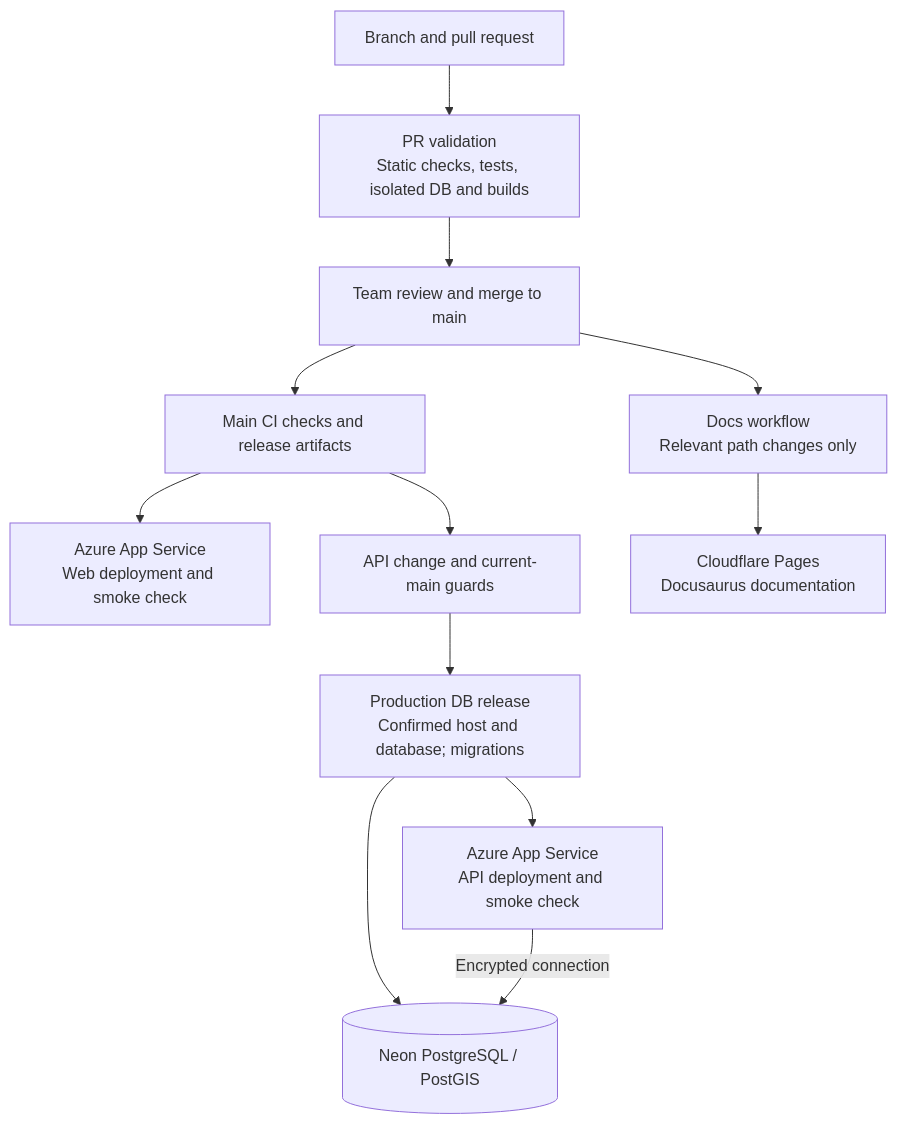
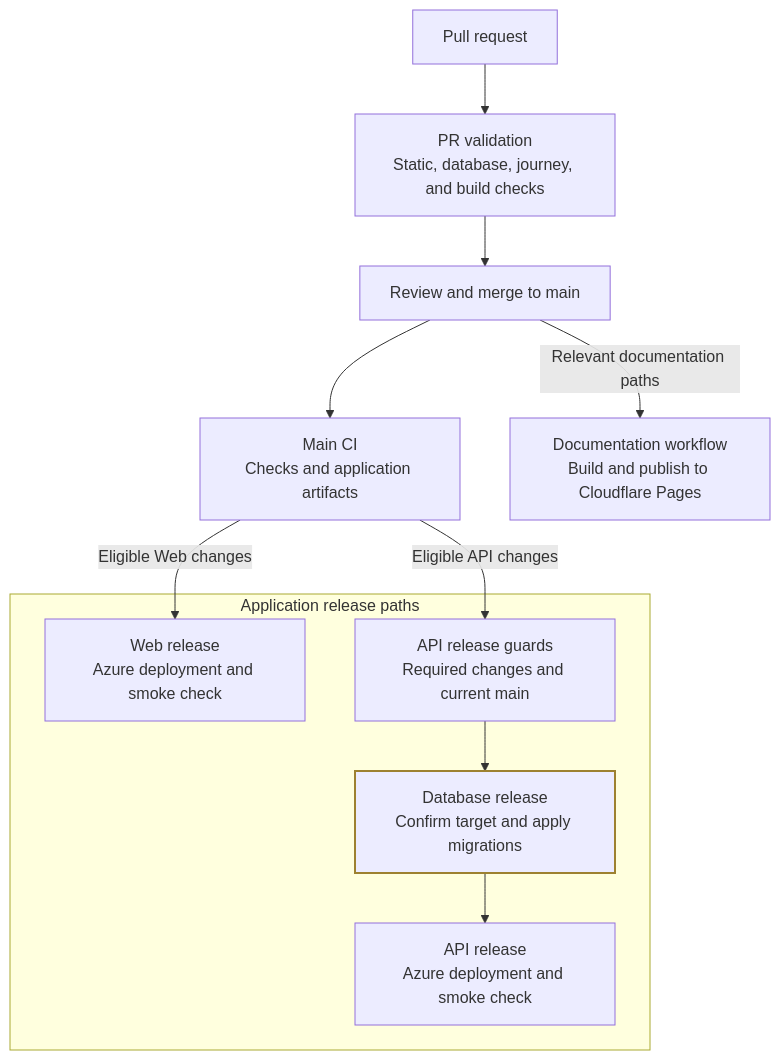
The diagram in docs/architecture/diagrams/deployment.md (Gradient-Ascenders/Wits-World), drawn with Mermaid before and after one commit. The commit also changed other lines of this file and 28 other files, not shown here.

First line of the commit message:
[docs] refresh setup and architecture guides and diagrams

````diff
--- a/docs/architecture/diagrams/deployment.md
+++ b/docs/architecture/diagrams/deployment.md
@@ -13,16 +15,29 @@
 ```mermaid
 flowchart TB
-    accTitle: From pull request to production
-    accDescr: Pull requests run checks before review and merge. Main CI deploys the web and API independently, releasing the guarded database before the API. A separate path-filtered workflow publishes documentation.
-    PR["Branch and pull request"] --> Checks["PR validation<br/>Static checks, tests, isolated DB and builds"]
-    Checks --> Review["Team review and merge to main"]
-    Review --> Main["Main CI checks and release artifacts"]
-    Review --> DocsBuild["Docs workflow<br/>Relevant path changes only"]
-    Main --> Web["Azure App Service<br/>Web deployment and smoke check"]
-    Main --> Guard["API change and current-main guards"]
-    Guard --> Release["Production DB release<br/>Confirmed host and database; migrations"]
-    Release --> DB[("Neon PostgreSQL / PostGIS")]
-    Release --> API["Azure App Service<br/>API deployment and smoke check"]
-    API -->|"Encrypted connection"| DB
-    DocsBuild --> Docs["Cloudflare Pages<br/>Docusaurus documentation"]
+    accTitle: From pull request to application and documentation releases
+    accDescr: Pull requests run validation before review and merge. Main CI validates and builds application artifacts. Eligible Web releases deploy independently; eligible API releases apply guarded database migrations before deployment. Relevant documentation changes follow a separate Cloudflare Pages workflow.
+
+    PR["Pull request"]
+    Checks["PR validation<br/>Static, database, journey, and build checks"]
+    Merge["Review and merge to main"]
+    Main["Main CI<br/>Checks and application artifacts"]
+
+    subgraph Applications["Application release paths"]
+        Web["Web release<br/>Azure deployment and smoke check"]
+        Guard["API release guards<br/>Required changes and current main"]
+        Migrate["Database release<br/>Confirm target and apply migrations"]
+        API["API release<br/>Azure deployment and smoke check"]
+        Guard --> Migrate --> API
+    end
+
+    Docs["Documentation workflow<br/>Build and publish to Cloudflare Pages"]
+
+    PR --> Checks --> Merge
+    Merge --> Main
+    Main -->|"Eligible Web changes"| Web
+    Main -->|"Eligible API changes"| Guard
+    Merge -->|"Relevant documentation paths"| Docs
+
+    classDef authority stroke:#9d8130,stroke-width:2px;
+    class Migrate authority;
 ```
````
